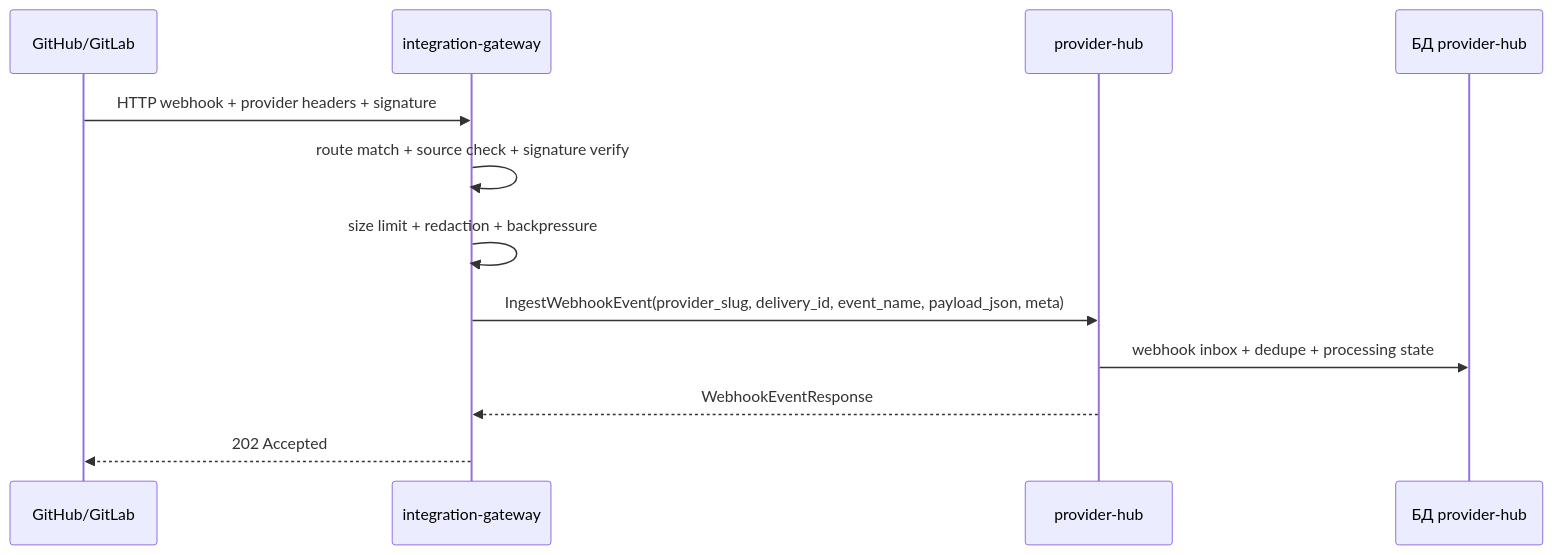
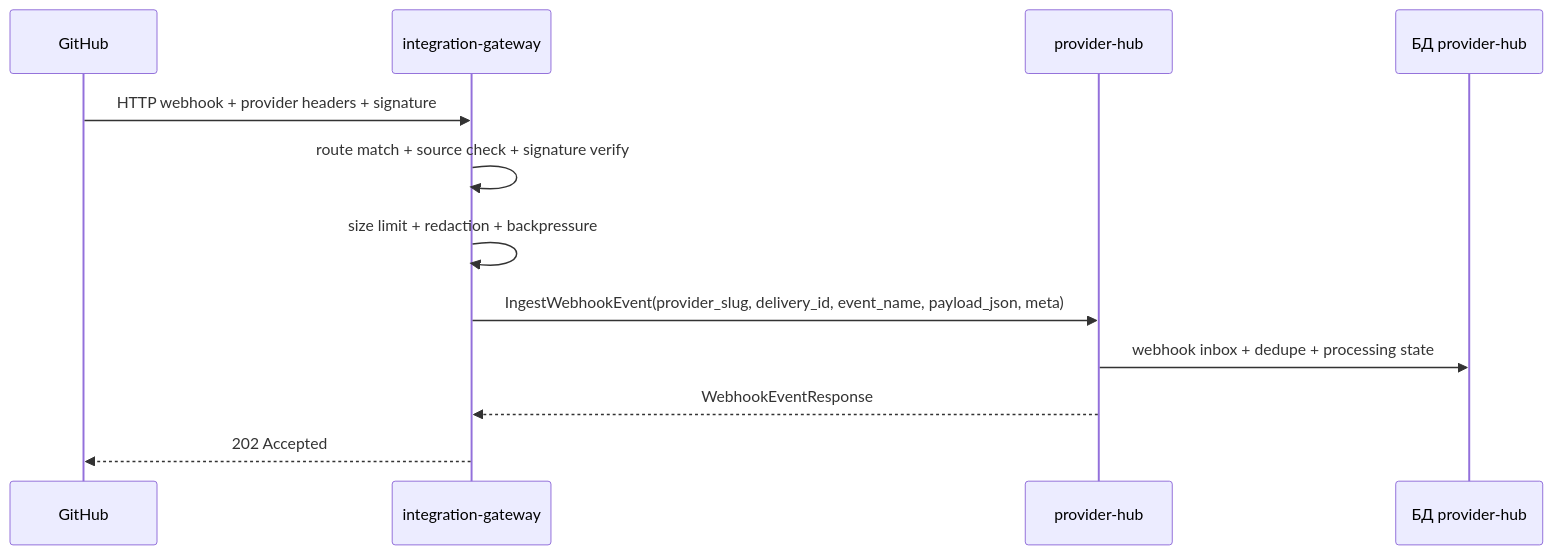
Before and after one commit to codex-k8s/kodex: the first of 2 diagrams in docs/domains/integration-gateway/architecture/design.md, drawn with Mermaid. The commit also changed other lines of this file and 17 other files, not shown here.

Commit message:
Implement integration gateway GitHub webhook route

````diff
--- a/docs/domains/integration-gateway/architecture/design.md
+++ b/docs/domains/integration-gateway/architecture/design.md
@@ -81,14 +81,14 @@
 ```mermaid
 sequenceDiagram
-  participant P as GitHub/GitLab
+  participant P as GitHub
   participant IGW as integration-gateway
   participant PH as provider-hub
   participant DB as БД provider-hub
   P->>IGW: HTTP webhook + provider headers + signature
   IGW->>IGW: route match + source check + signature verify
   IGW->>IGW: size limit + redaction + backpressure
   IGW->>PH: IngestWebhookEvent(provider_slug, delivery_id, event_name, payload_json, meta)
   PH->>DB: webhook inbox + dedupe + processing state
   PH-->>IGW: WebhookEventResponse
   IGW-->>P: 202 Accepted
 ```
````
